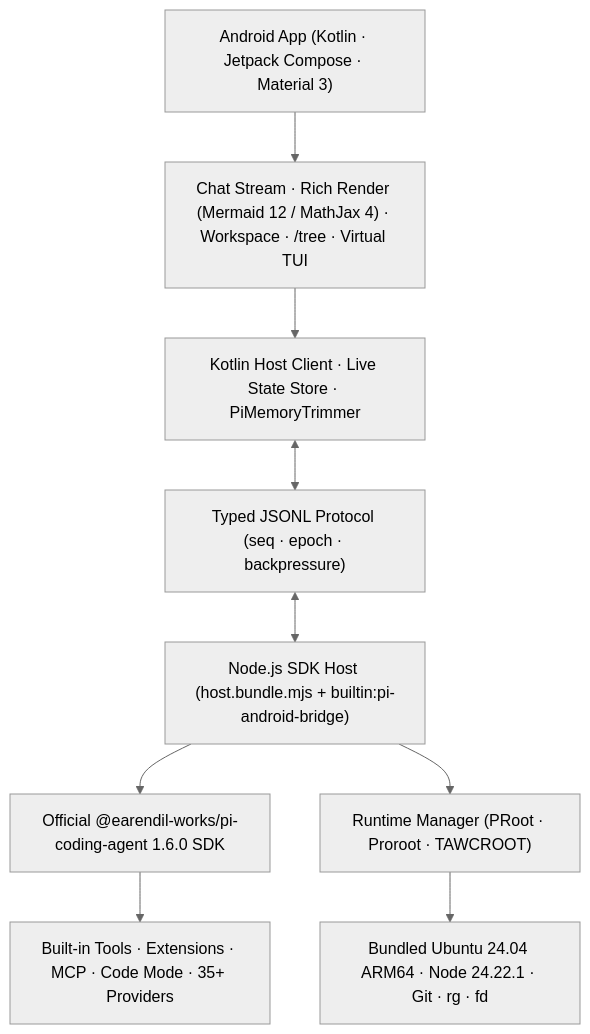
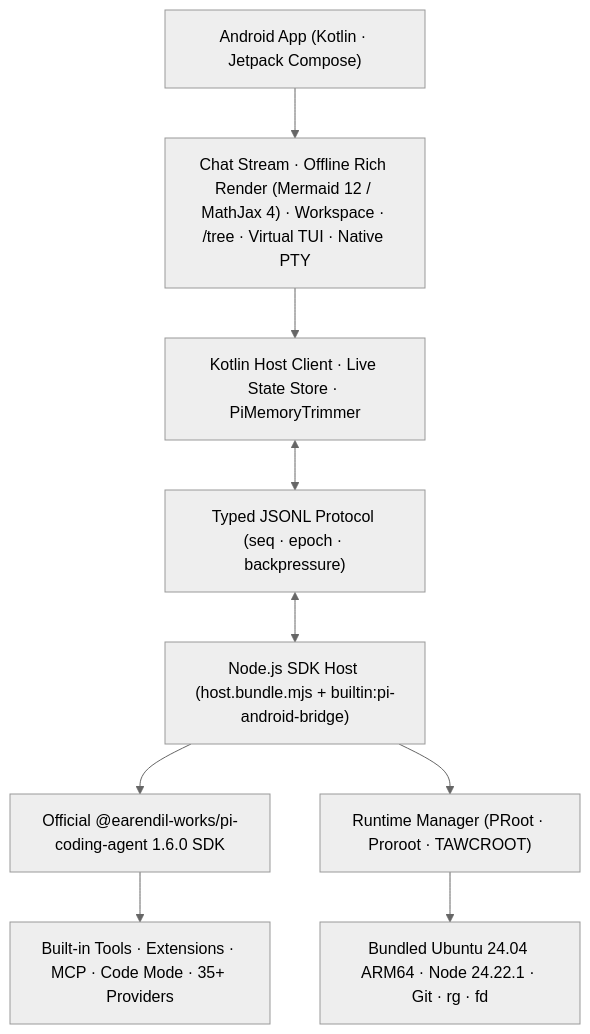
The diagram in data/readmes/heikeyangle-code__pi-android.md (zqf20096327/ai_collect), drawn with Mermaid (neutral theme) before and after one commit. The commit also changed other lines of this file and 3185 other files, not shown here.

````diff
--- a/data/readmes/heikeyangle-code__pi-android.md
+++ b/data/readmes/heikeyangle-code__pi-android.md
@@ -135,20 +142,21 @@
 ```mermaid
 flowchart TB
-    A["Android App (Kotlin · Jetpack Compose · Material 3)"]
-    B["Chat Stream · Rich Render (Mermaid 12 / MathJax 4) · Workspace · /tree · Virtual TUI"]
+    A["Android App (Kotlin · Jetpack Compose)"]
+    B["Chat Stream · Offline Rich Render (Mermaid 12 / MathJax 4) · Workspace · /tree · Virtual TUI · Native PTY"]
     C["Kotlin Host Client · Live State Store · PiMemoryTrimmer"]
     D["Typed JSONL Protocol (seq · epoch · backpressure)"]
     E["Node.js SDK Host (host.bundle.mjs + builtin:pi-android-bridge)"]
     F["Official @earendil-works/pi-coding-agent 1.6.0 SDK"]
     G["Built-in Tools · Extensions · MCP · Code Mode · 35+ Providers"]
     H["Runtime Manager (PRoot · Proroot · TAWCROOT)"]
     L["Bundled Ubuntu 24.04 ARM64 · Node 24.22.1 · Git · rg · fd"]
+
     A --> B
     B --> C
     C <--> D
     D <--> E
     E --> F
     F --> G
     E --> H
     H --> L
 ```
````
